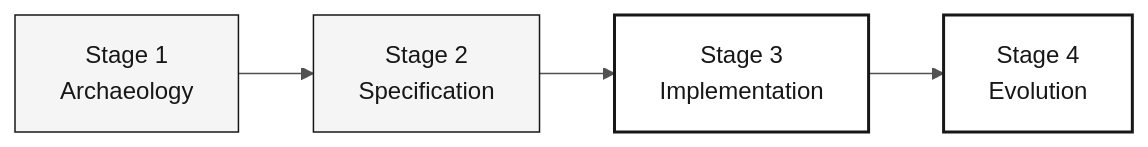
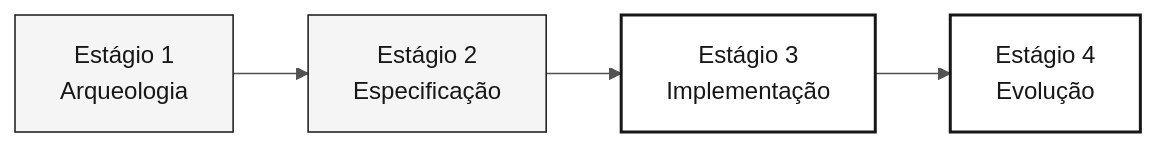
Before and after one commit to paulasilvatech/datacorp-sifap-team-kit-pt-br: the diagram in 05-personas/08-qa-engineer/PERSONA.md, drawn with Mermaid. The commit also changed other lines of this file and 361 other files, not shown here.

````diff
--- a/05-personas/08-qa-engineer/PERSONA.md
+++ b/05-personas/08-qa-engineer/PERSONA.md
@@ -30,10 +30,10 @@
 ```mermaid
 %%{init: {'theme':'neutral','themeVariables':{'fontFamily':'ui-sans-serif, system-ui, sans-serif','primaryColor':'#F5F5F5','primaryTextColor':'#171717','primaryBorderColor':'#171717','lineColor':'#525252','secondaryColor':'#FFFFFF','tertiaryColor':'#FAFAFA','background':'#FFFFFF'}}}%%
 flowchart LR
     classDef step fill:#F5F5F5,stroke:#171717,color:#171717
     classDef active fill:#FFFFFF,stroke:#171717,color:#171717,stroke-width:2px
     classDef muted fill:#FAFAFA,stroke:#A3A3A3,color:#404040
-    S1["Stage 1<br/>Archaeology"]:::step --> S2["Stage 2<br/>Specification"]:::step
-    S2 --> S3["Stage 3<br/>Implementation"]:::active
-    S3 --> S4["Stage 4<br/>Evolution"]:::active
+    S1["Estágio 1<br/>Arqueologia"]:::step --> S2["Estágio 2<br/>Especificação"]:::step
+    S2 --> S3["Estágio 3<br/>Implementação"]:::active
+    S3 --> S4["Estágio 4<br/>Evolução"]:::active
 ```
````
